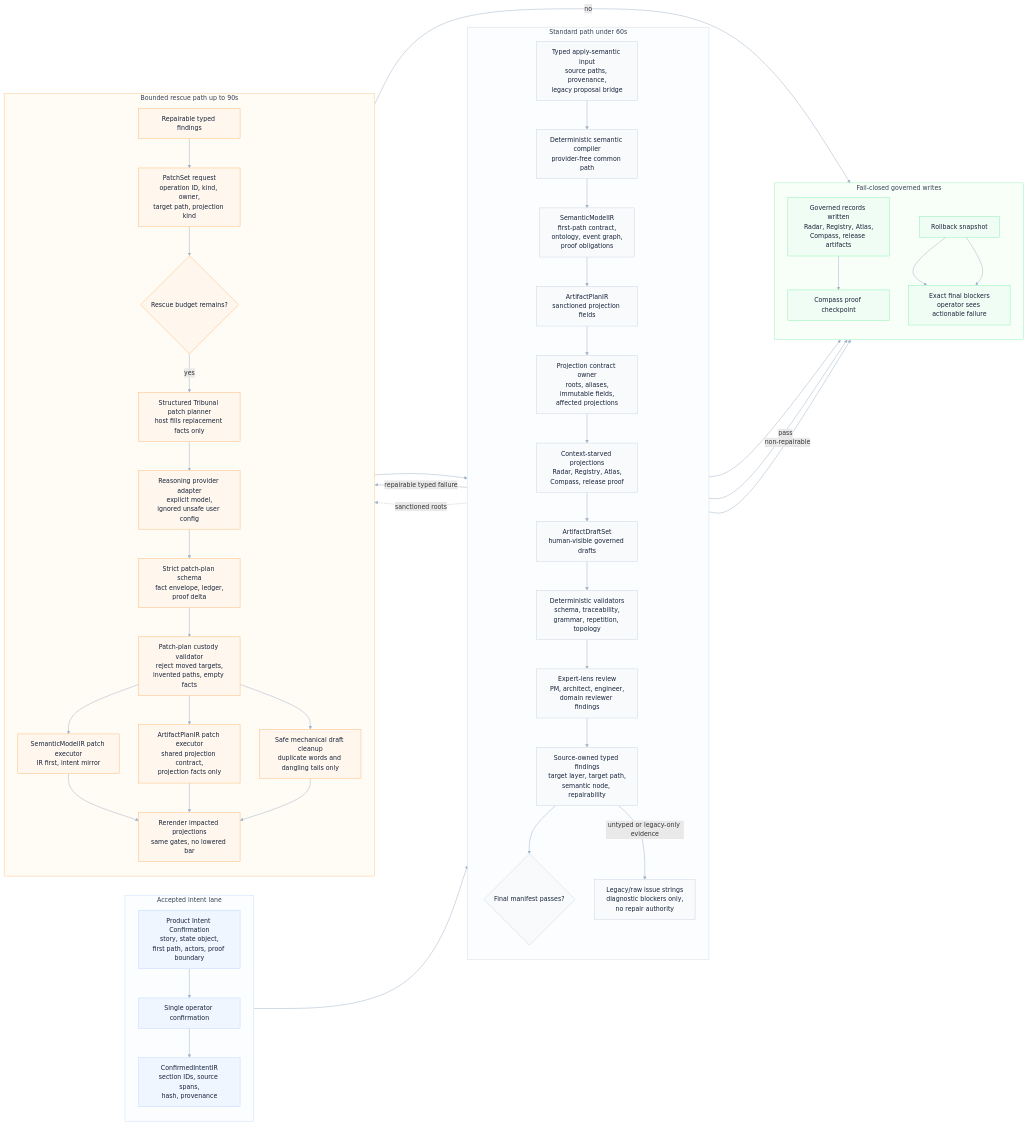
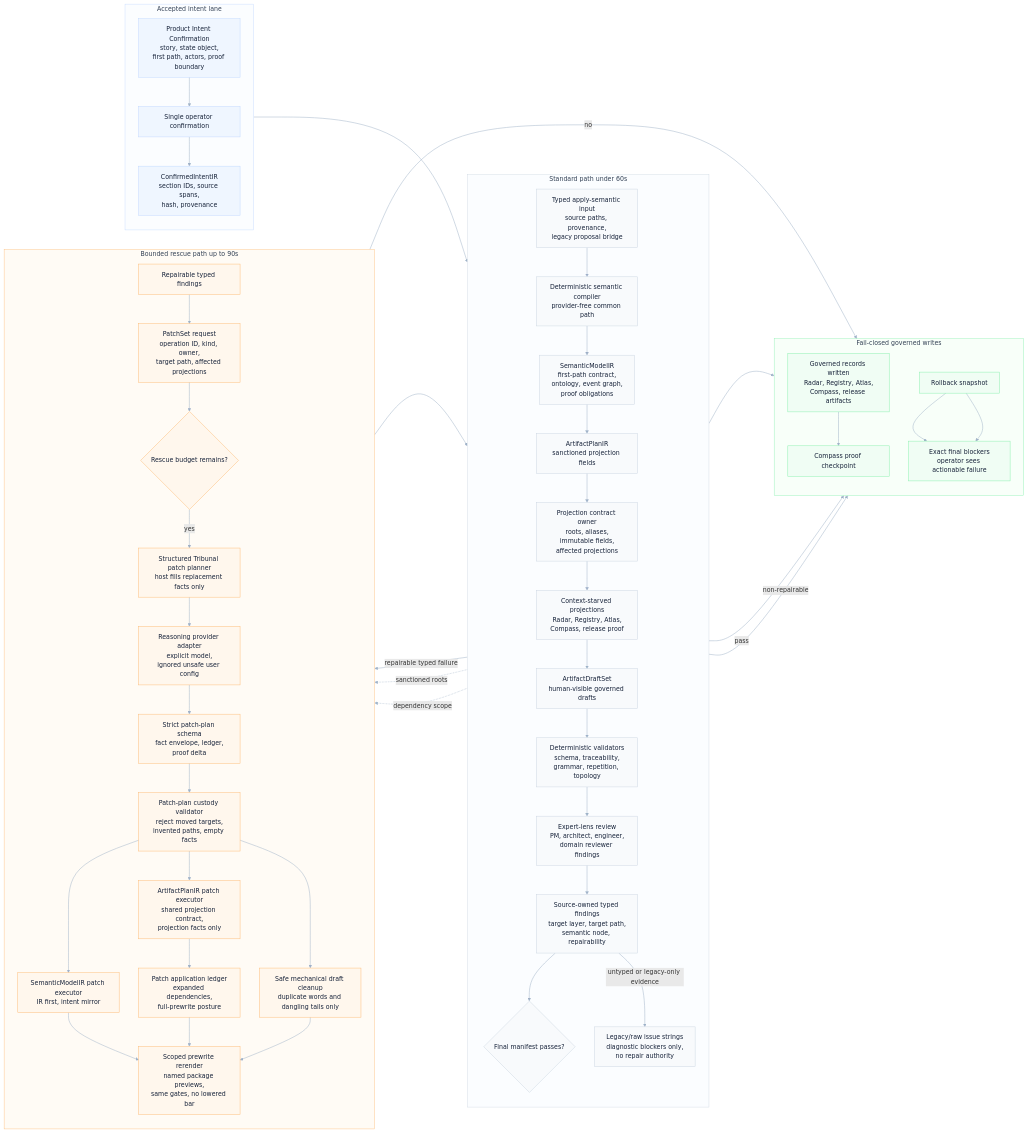
One commit to odylith/odylith changed the diagram in odylith/atlas/source/domain-intelligence-greenfield-governance.mmd. Above: the diagram before and after it, drawn with Mermaid. The commit also changed 48 other files, not shown here.

Commit message:
Scope greenfield artifact-plan rerender custody

```diff
--- a/odylith/atlas/source/domain-intelligence-greenfield-governance.mmd
+++ b/odylith/atlas/source/domain-intelligence-greenfield-governance.mmd
@@ -1,80 +1,82 @@
 flowchart LR
     subgraph accepted_lane["Accepted intent lane"]
       direction TB
       visible_intent["Product Intent Confirmation<br/>story, state object,<br/>first path, actors, proof boundary"]
       confirm["Single operator confirmation"]
       confirmed_ir["ConfirmedIntentIR<br/>section IDs, source spans,<br/>hash, provenance"]
     end
 
     subgraph standard_lane["Standard path under 60s"]
       direction TB
       apply_input["Typed apply-semantic input<br/>source paths, provenance,<br/>legacy proposal bridge"]
       compiler["Deterministic semantic compiler<br/>provider-free common path"]
       semantic_ir["SemanticModelIR<br/>first-path contract,<br/>ontology, event graph,<br/>proof obligations"]
       artifact_plan["ArtifactPlanIR<br/>sanctioned projection fields"]
       projection_contract["Projection contract owner<br/>roots, aliases,<br/>immutable fields,<br/>affected projections"]
       projections["Context-starved projections<br/>Radar, Registry, Atlas,<br/>Compass, release proof"]
       draft_set["ArtifactDraftSet<br/>human-visible governed drafts"]
       validators["Deterministic validators<br/>schema, traceability,<br/>grammar, repetition, topology"]
       expert_lenses["Expert-lens review<br/>PM, architect, engineer,<br/>domain reviewer findings"]
       typed_findings["Source-owned typed findings<br/>target layer, target path,<br/>semantic node, repairability"]
       legacy_blockers["Legacy/raw issue strings<br/>diagnostic blockers only,<br/>no repair authority"]
       final_manifest{"Final manifest passes?"}
     end
 
     subgraph rescue_lane["Bounded rescue path up to 90s"]
       direction TB
       repairable["Repairable typed findings"]
-      patchset["PatchSet request<br/>operation ID, kind, owner,<br/>target path, projection kind"]
+      patchset["PatchSet request<br/>operation ID, kind, owner,<br/>target path, affected projections"]
       rescue_budget{"Rescue budget remains?"}
       tribunal_planner["Structured Tribunal patch planner<br/>host fills replacement facts only"]
       provider_adapter["Reasoning provider adapter<br/>explicit model,<br/>ignored unsafe user config"]
       strict_schema["Strict patch-plan schema<br/>fact envelope, ledger,<br/>proof delta"]
       custody_check["Patch-plan custody validator<br/>reject moved targets,<br/>invented paths, empty facts"]
       semantic_apply["SemanticModelIR patch executor<br/>IR first, intent mirror"]
       plan_apply["ArtifactPlanIR patch executor<br/>shared projection contract,<br/>projection facts only"]
+      scope_ledger["Patch application ledger<br/>expanded dependencies,<br/>full-prewrite posture"]
       copy_repair["Safe mechanical draft cleanup<br/>duplicate words and dangling tails only"]
-      rerender["Rerender impacted projections<br/>same gates, no lowered bar"]
+      rerender["Scoped prewrite rerender<br/>named package previews,<br/>same gates, no lowered bar"]
     end
 
     subgraph write_lane["Fail-closed governed writes"]
       direction TB
       writes["Governed records written<br/>Radar, Registry, Atlas,<br/>Compass, release artifacts"]
       rollback["Rollback snapshot"]
       blockers["Exact final blockers<br/>operator sees actionable failure"]
       proof_log["Compass proof checkpoint"]
     end
 
     visible_intent --> confirm --> confirmed_ir
     confirmed_ir --> apply_input --> compiler --> semantic_ir --> artifact_plan --> projection_contract --> projections --> draft_set
     draft_set --> validators --> expert_lenses --> typed_findings --> final_manifest
     typed_findings -- "untyped or legacy-only evidence" --> legacy_blockers --> rollback
     final_manifest -- "pass" --> writes --> proof_log
     final_manifest -- "repairable typed failure" --> repairable --> patchset --> rescue_budget
     rescue_budget -- "yes" --> tribunal_planner --> provider_adapter --> strict_schema --> custody_check
     custody_check --> semantic_apply
     custody_check --> plan_apply
     custody_check --> copy_repair
     projection_contract -. "sanctioned roots" .-> plan_apply
+    projection_contract -. "dependency scope" .-> scope_ledger
     semantic_apply --> rerender
-    plan_apply --> rerender
+    plan_apply --> scope_ledger --> rerender
     copy_repair --> rerender
     rerender --> validators
     rescue_budget -- "no" --> rollback --> blockers
     final_manifest -- "non-repairable" --> rollback
     rollback --> blockers
 
     classDef intent fill:#EFF6FF,stroke:#BFD7FE,color:#17233A,stroke-width:1.2px;
     classDef standard fill:#F8FAFC,stroke:#CBD5E1,color:#17233A,stroke-width:1.2px;
     classDef rescue fill:#FFF7ED,stroke:#FDBA74,color:#17233A,stroke-width:1.2px;
     classDef write fill:#F0FDF4,stroke:#86EFAC,color:#17233A,stroke-width:1.2px;
     class visible_intent,confirm,confirmed_ir intent;
     class apply_input,compiler,semantic_ir,artifact_plan,projection_contract,projections,draft_set,validators,expert_lenses,typed_findings,legacy_blockers,final_manifest standard;
-    class repairable,patchset,rescue_budget,tribunal_planner,provider_adapter,strict_schema,custody_check,semantic_apply,plan_apply,copy_repair,rerender rescue;
+    class repairable,patchset,rescue_budget,tribunal_planner,provider_adapter,strict_schema,custody_check,semantic_apply,plan_apply,scope_ledger,copy_repair,rerender rescue;
     class writes,rollback,blockers,proof_log write;
 
     style accepted_lane fill:#FBFDFF,stroke:#BFD7FE,stroke-width:1px,color:#334155
     style standard_lane fill:#FBFDFF,stroke:#CBD5E1,stroke-width:1px,color:#334155
     style rescue_lane fill:#FFFBF5,stroke:#FDBA74,stroke-width:1px,color:#334155
     style write_lane fill:#F8FFF9,stroke:#86EFAC,stroke-width:1px,color:#334155
     linkStyle default stroke:#9FB2C8,stroke-width:1.25px
```
